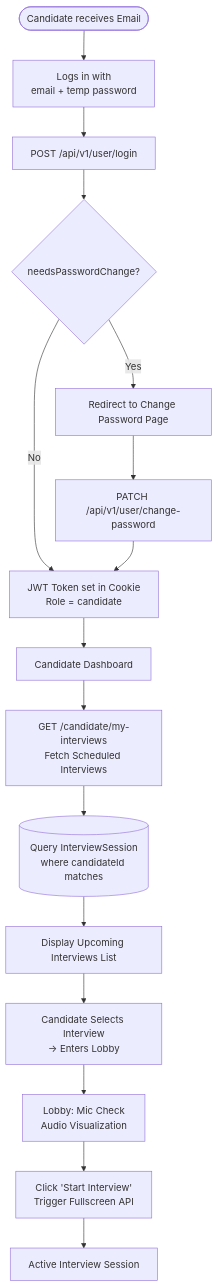
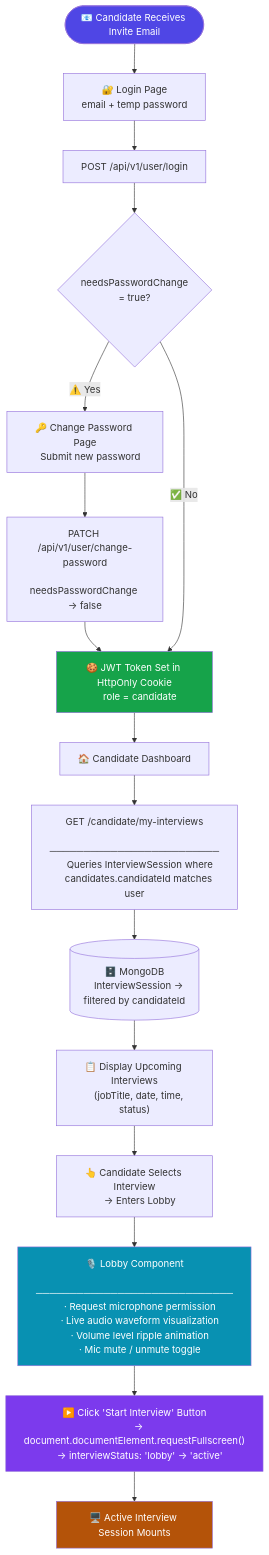
One commit to Final-Year-Project-UCP/VIRQA-Project changed the third of 11 diagrams in VIRQA_AI_Flow_Diagram.md. Above: the diagram before and after it, drawn with Mermaid. The commit also changed other lines of this file and 42 other files, not shown here.

````diff
--- a/VIRQA_AI_Flow_Diagram.md
+++ b/VIRQA_AI_Flow_Diagram.md
@@ -48,21 +212,56 @@
 ```mermaid
 flowchart TD
-    A([Candidate receives Email]) --> B[Logs in with\nemail + temp password]
-    B --> C["POST /api/v1/user/login"]
-    C --> D{needsPasswordChange?}
-    D -->|Yes| E[Redirect to Change Password Page]
-    D -->|No| F[JWT Token set in Cookie\nRole = candidate]
+    START(["📧 Candidate Receives Invite Email"]) --> LOGIN
 
-    E --> E1["PATCH /api/v1/user/change-password"]
-    E1 --> F
+    LOGIN["🔐 Login Page
+    email + temp password"]
+    LOGIN --> AUTH_API["POST /api/v1/user/login"]
 
-    F --> G[Candidate Dashboard]
-    G --> H["GET /candidate/my-interviews\nFetch Scheduled Interviews"]
-    H --> I[(Query InterviewSession\nwhere candidateId matches)]
-    I --> J[Display Upcoming Interviews List]
+    AUTH_API --> PWD_CHK{needsPasswordChange
+    = true?}
 
-    J --> K[Candidate Selects Interview\n→ Enters Lobby]
-    K --> L[Lobby: Mic Check\nAudio Visualization]
-    L --> M[Click 'Start Interview'\nTrigger Fullscreen API]
-    M --> N[Active Interview Session]
+    PWD_CHK -->|"⚠️ Yes"| CHANGE_PWD
+    CHANGE_PWD["🔑 Change Password Page
+    Submit new password"]
+    CHANGE_PWD --> CHANGE_API["PATCH /api/v1/user/change-password
+    needsPasswordChange → false"]
+    CHANGE_API --> TOKEN
+
+    PWD_CHK -->|"✅ No"| TOKEN
+    TOKEN["🍪 JWT Token Set in HttpOnly Cookie
+    role = candidate"]
+
+    TOKEN --> DASHBOARD["🏠 Candidate Dashboard"]
+
+    DASHBOARD --> FETCH["GET /candidate/my-interviews
+    ─────────────────────────
+    Queries InterviewSession where
+    candidates.candidateId matches user"]
+
+    FETCH --> DB[("🗄️ MongoDB
+    InterviewSession → filtered by candidateId")]
+    DB --> LIST["📋 Display Upcoming Interviews
+    (jobTitle, date, time, status)"]
+
+    LIST --> SELECT["👆 Candidate Selects Interview
+    → Enters Lobby"]
+
+    SELECT --> LOBBY["🎙️ Lobby Component
+    ─────────────────────────────
+    · Request microphone permission
+    · Live audio waveform visualization
+    · Volume level ripple animation
+    · Mic mute / unmute toggle"]
+
+    LOBBY --> JOIN_BTN["▶️ Click 'Start Interview' Button
+    → document.documentElement.requestFullscreen()
+    → interviewStatus: 'lobby' → 'active'"]
+
+    JOIN_BTN --> ACTIVE["🖥️ Active Interview Session Mounts"]
+
+    style START fill:#4f46e5,color:#fff
+    style TOKEN fill:#16a34a,color:#fff
+    style LOBBY fill:#0891b2,color:#fff
+    style JOIN_BTN fill:#7c3aed,color:#fff
+    style ACTIVE fill:#b45309,color:#fff
 ```
````
